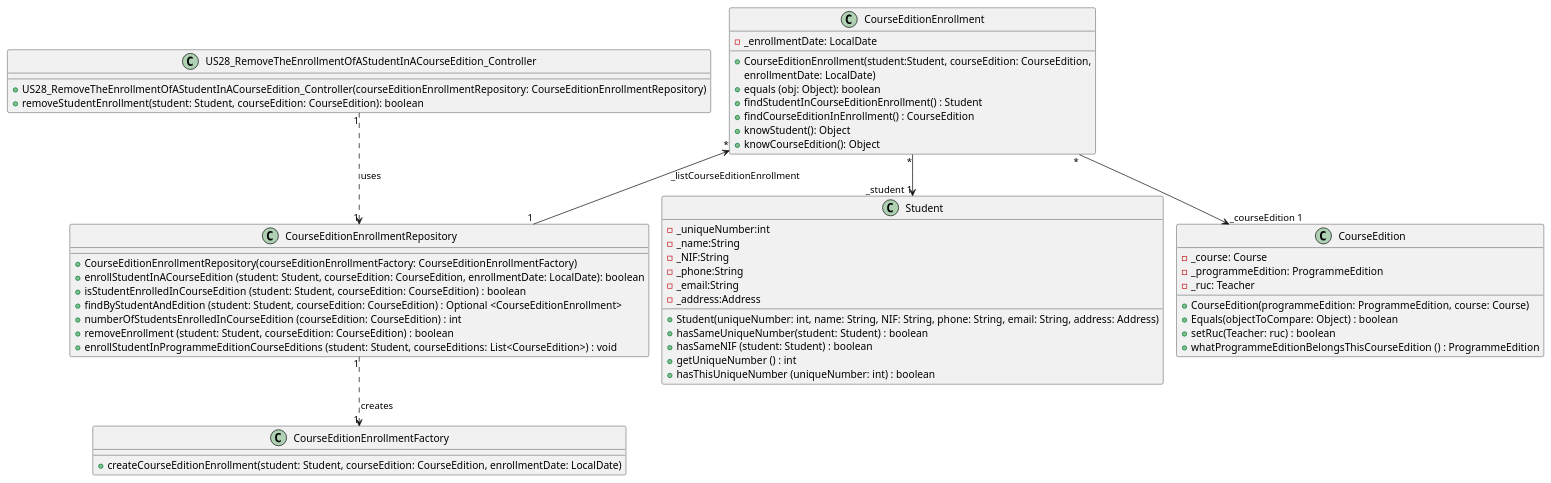
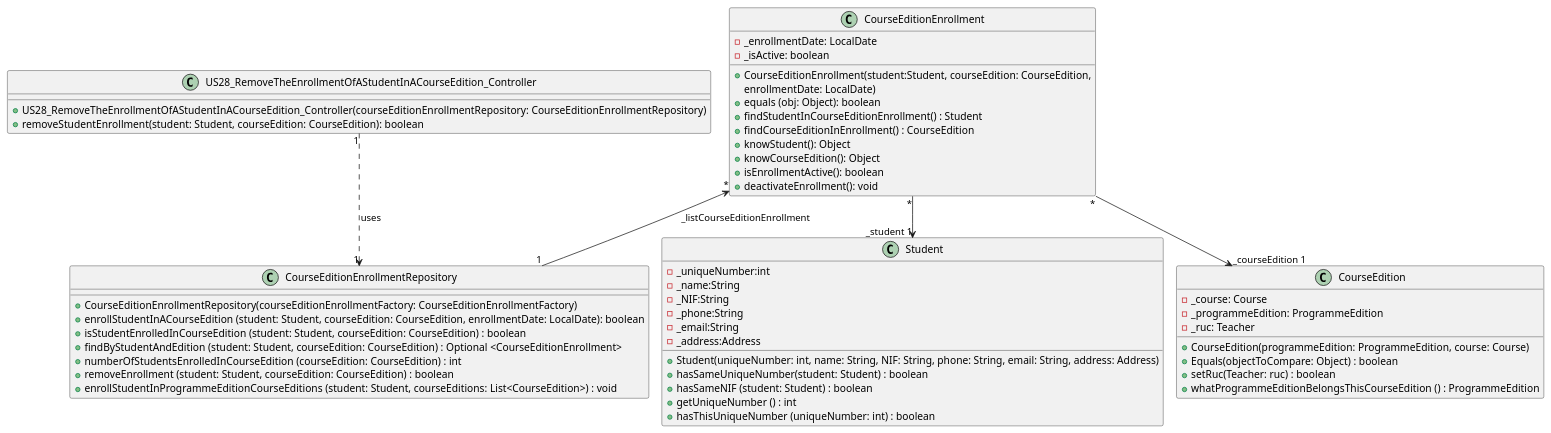
The diagram in docs/US28/US28_RemoveTheEnrollmentOfAStudentInACourseEdition_ClassDiagram.puml (GasparISEP/DevOps-PAI), drawn with PlantUML before and after one commit.

Commit message:
Refactor US28 ClassDiagram - to reflect new enrollment deactivation logic, instead of removal

```diff
--- a/docs/US28/US28_RemoveTheEnrollmentOfAStudentInACourseEdition_ClassDiagram.puml
+++ b/docs/US28/US28_RemoveTheEnrollmentOfAStudentInACourseEdition_ClassDiagram.puml
@@ -1,67 +1,66 @@
 @startuml
 !pragma layout smetana
 
 
 class US28_RemoveTheEnrollmentOfAStudentInACourseEdition_Controller {
     +US28_RemoveTheEnrollmentOfAStudentInACourseEdition_Controller(courseEditionEnrollmentRepository: CourseEditionEnrollmentRepository)
     +removeStudentEnrollment(student: Student, courseEdition: CourseEdition): boolean
 }
 
 class CourseEditionEnrollment {
     -_enrollmentDate: LocalDate
+    -_isActive: boolean
     +CourseEditionEnrollment(student:Student, courseEdition: CourseEdition,
      enrollmentDate: LocalDate)
     +equals (obj: Object): boolean
     +findStudentInCourseEditionEnrollment() : Student
     +findCourseEditionInEnrollment() : CourseEdition
     +knowStudent(): Object
     +knowCourseEdition(): Object
+    +isEnrollmentActive(): boolean
+    +deactivateEnrollment(): void
 }
 
 class CourseEditionEnrollmentRepository {
     +CourseEditionEnrollmentRepository(courseEditionEnrollmentFactory: CourseEditionEnrollmentFactory)
     +enrollStudentInACourseEdition (student: Student, courseEdition: CourseEdition, enrollmentDate: LocalDate): boolean
     +isStudentEnrolledInCourseEdition (student: Student, courseEdition: CourseEdition) : boolean
     +findByStudentAndEdition (student: Student, courseEdition: CourseEdition) : Optional <CourseEditionEnrollment>
     +numberOfStudentsEnrolledInCourseEdition (courseEdition: CourseEdition) : int
     +removeEnrollment (student: Student, courseEdition: CourseEdition) : boolean
     +enrollStudentInProgrammeEditionCourseEditions (student: Student, courseEditions: List<CourseEdition>) : void
 }
 
 class Student {
     -_uniqueNumber:int
     -_name:String
     -_NIF:String
     -_phone:String
     -_email:String
     -_address:Address
     +Student(uniqueNumber: int, name: String, NIF: String, phone: String, email: String, address: Address)
     +hasSameUniqueNumber(student: Student) : boolean
     +hasSameNIF (student: Student) : boolean
     +getUniqueNumber () : int
     +hasThisUniqueNumber (uniqueNumber: int) : boolean
 }
 
 class CourseEdition {
     -_course: Course
     -_programmeEdition: ProgrammeEdition
     -_ruc: Teacher
     +CourseEdition(programmeEdition: ProgrammeEdition, course: Course)
     +Equals(objectToCompare: Object) : boolean
     +setRuc(Teacher: ruc) : boolean
     +whatProgrammeEditionBelongsThisCourseEdition () : ProgrammeEdition
 }
 
-class CourseEditionEnrollmentFactory {
-    +createCourseEditionEnrollment(student: Student, courseEdition: CourseEdition, enrollmentDate: LocalDate)
-    }
 
 
 
 
 CourseEditionEnrollment "*" --> "_student 1" Student
 CourseEditionEnrollment "*" --> "_courseEdition 1  " CourseEdition
 CourseEditionEnrollment "                                *" <-- "1" CourseEditionEnrollmentRepository: _listCourseEditionEnrollment
 US28_RemoveTheEnrollmentOfAStudentInACourseEdition_Controller "1"..> "1" CourseEditionEnrollmentRepository : uses
-CourseEditionEnrollmentRepository "1" ..> "1" CourseEditionEnrollmentFactory : creates
 @enduml
```
